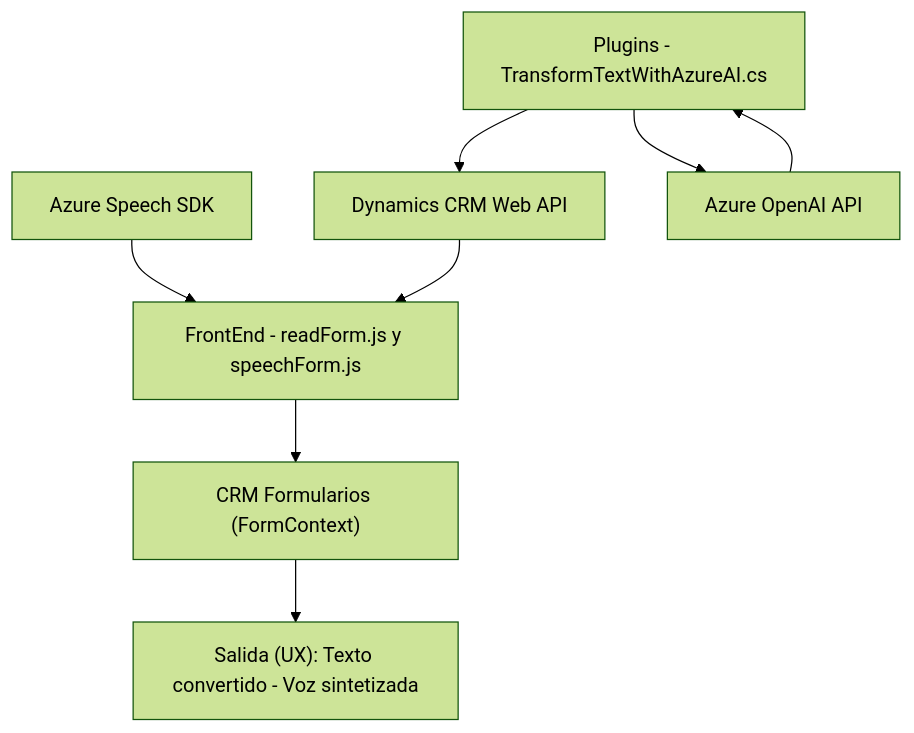
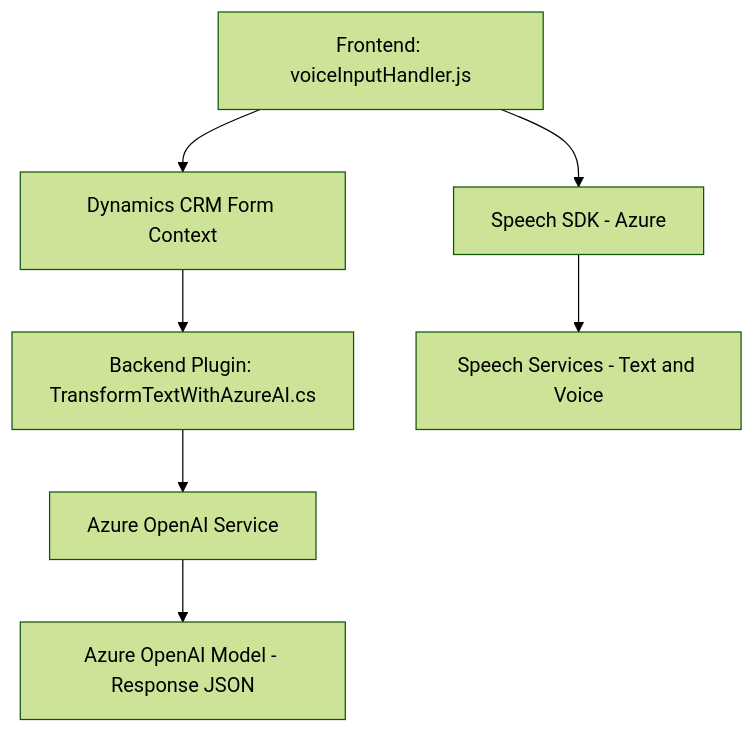
The diagram in README.md (blopezdm/NETCORE_BILBAO2025), drawn with Mermaid (forest theme) before and after one commit. The commit also changed other lines of this file, not shown here.

````diff
--- a/README.md
+++ b/README.md
@@ -44,18 +56,9 @@
 ```mermaid
 graph TD
-    A["FrontEnd - readForm.js y speechForm.js"]
-    B["Azure Speech SDK"]
-    C["Plugins - TransformTextWithAzureAI.cs"]
-    D["Dynamics CRM Web API"]
-    E["Azure OpenAI API"]
-    F["CRM Formularios (FormContext)"]
-    G["Salida (UX): Texto convertido - Voz sintetizada"]
-
-    A --> F
-    F --> G
-    B --> A
-    D --> A
-    C --> D
-    C --> E
-    E --> C
+    A["Frontend: voiceInputHandler.js"] --> B["Speech SDK - Azure"]
+    A --> C["Dynamics CRM Form Context"]
+    C --> D["Backend Plugin: TransformTextWithAzureAI.cs"]
+    B --> E["Speech Services - Text and Voice"]
+    D --> F["Azure OpenAI Service"]
+    F --> G["Azure OpenAI Model - Response JSON"]
 ```
````
